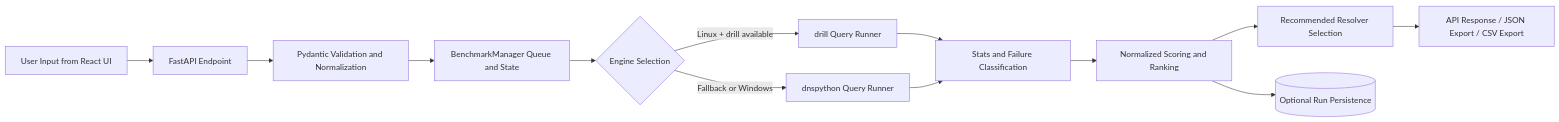
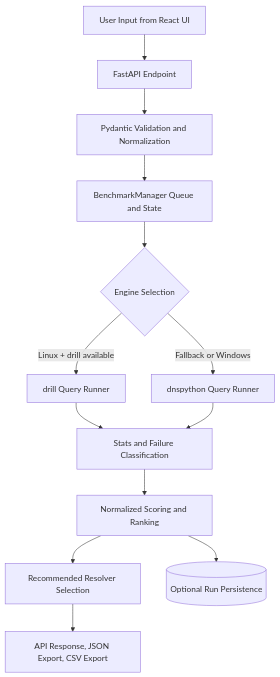
Before and after one commit to cortega26/DNSpect: the diagram in README.md, drawn with Mermaid. The commit also changed other lines of this file, not shown here.

Commit message:
refactor: update README.md by removing banner image and adjusting architecture diagram flow

````diff
--- a/README.md
+++ b/README.md
@@ -115,15 +111,15 @@
 ```mermaid
-flowchart LR
+flowchart TD
   A[User Input from React UI] --> B[FastAPI Endpoint]
   B --> C[Pydantic Validation and Normalization]
   C --> D[BenchmarkManager Queue and State]
   D --> E{Engine Selection}
   E -->|Linux + drill available| F[drill Query Runner]
   E -->|Fallback or Windows| G[dnspython Query Runner]
   F --> H[Stats and Failure Classification]
   G --> H
   H --> I[Normalized Scoring and Ranking]
   I --> J[Recommended Resolver Selection]
-  J --> K[API Response / JSON Export / CSV Export]
+  J --> K[API Response, JSON Export, CSV Export]
   I --> L[(Optional Run Persistence)]
 ```
````
